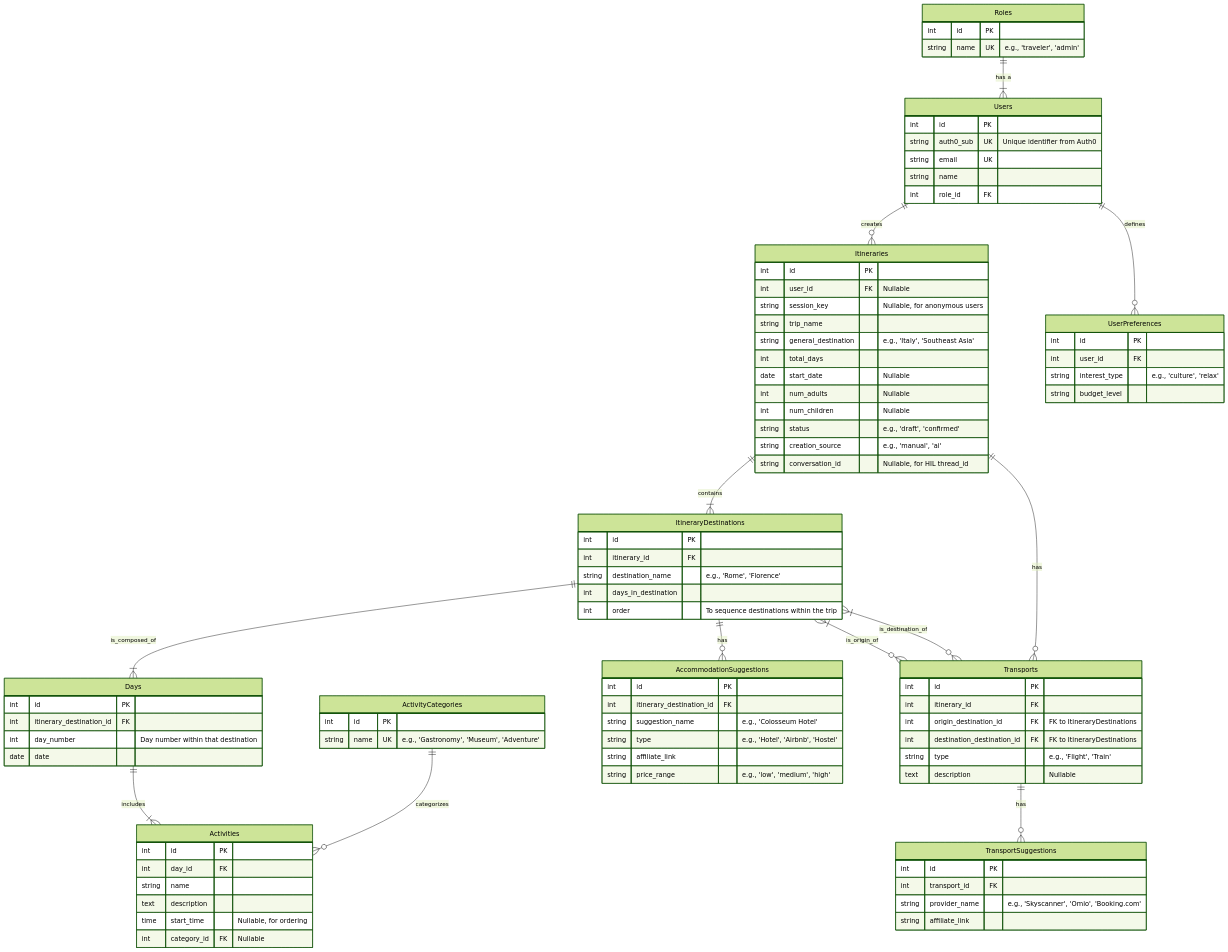
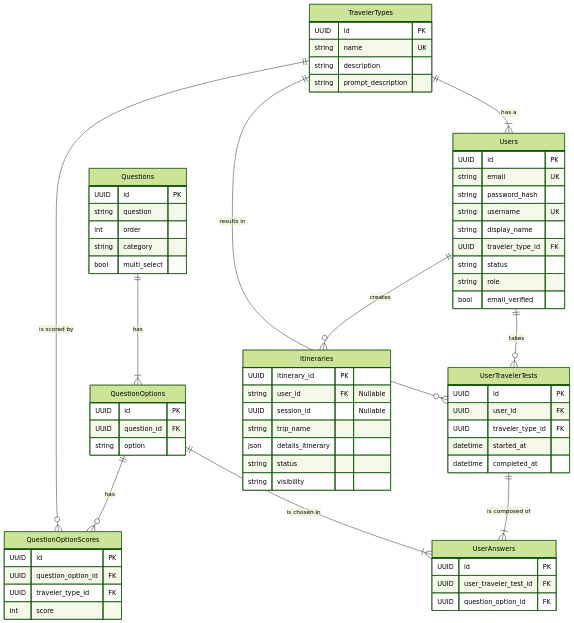
Before and after one commit to Spini03/travelkeep: the diagram in frontend/README.md, drawn with Mermaid (forest theme). The commit also changed other lines of this file, not shown here.

Commit message:
Update README with features and project vision

````diff
--- a/frontend/README.md
+++ b/frontend/README.md
@@ -107,104 +106,76 @@
 ```mermaid
 erDiagram
     Users {
-        int id PK
-        string auth0_sub UK "Unique identifier from Auth0"
+        UUID id PK
         string email UK
-        string name
-        int role_id FK
+        string password_hash
+        string username UK
+        string display_name
+        UUID traveler_type_id FK
+        string status
+        string role
+        bool email_verified
     }
 
-    Roles {
-        int id PK
-        string name UK "e.g., 'traveler', 'admin'"
+    TravelerTypes {
+        UUID id PK
+        string name UK
+        string description
+        string prompt_description
+    }
+
+    UserTravelerTests {
+        UUID id PK
+        UUID user_id FK
+        UUID traveler_type_id FK
+        datetime started_at
+        datetime completed_at
+    }
+
+    Questions {
+        UUID id PK
+        string question
+        int order
+        string category
+        bool multi_select
+    }
+
+    QuestionOptions {
+        UUID id PK
+        UUID question_id FK
+        string option
+    }
+
+    UserAnswers {
+        UUID id PK
+        UUID user_traveler_test_id FK
+        UUID question_option_id FK
+    }
+
+    QuestionOptionScores {
+        UUID id PK
+        UUID question_option_id FK
+        UUID traveler_type_id FK
+        int score
     }
 
     Itineraries {
-        int id PK
-        int user_id FK "Nullable"
-        string session_key "Nullable, for anonymous users"
+        UUID itinerary_id PK
+        string user_id FK "Nullable"
+        UUID session_id "Nullable"
         string trip_name
-        string general_destination "e.g., 'Italy', 'Southeast Asia'"
-        int total_days
-        date start_date "Nullable"
-        int num_adults "Nullable"
-        int num_children "Nullable"
-        string status "e.g., 'draft', 'confirmed'"
-        string creation_source "e.g., 'manual', 'ai'"
-        string conversation_id "Nullable, for HIL thread_id"
+        json details_itinerary
+        string status
+        string visibility
     }
 
-    ItineraryDestinations {
-        int id PK
-        int itinerary_id FK
-        string destination_name "e.g., 'Rome', 'Florence'"
-        int days_in_destination
-        int order "To sequence destinations within the trip"
-    }
-
-    Days {
-        int id PK
-        int itinerary_destination_id FK
-        int day_number "Day number within that destination"
-        date date
-    }
-
-    Activities {
-        int id PK
-        int day_id FK
-        string name
-        text description
-        time start_time "Nullable, for ordering"
-        int category_id FK "Nullable"
-    }
-
-    ActivityCategories {
-        int id PK
-        string name UK "e.g., 'Gastronomy', 'Museum', 'Adventure'"
-    }
-
-    Transports {
-        int id PK
-        int itinerary_id FK
-        int origin_destination_id FK "FK to ItineraryDestinations"
-        int destination_destination_id FK "FK to ItineraryDestinations"
-        string type "e.g., 'Flight', 'Train'"
-        text description "Nullable"
-    }
-
-    TransportSuggestions {
-        int id PK
-        int transport_id FK
-        string provider_name "e.g., 'Skyscanner', 'Omio', 'Booking.com'"
-        string affiliate_link
-    }
-
-    AccommodationSuggestions {
-        int id PK
-        int itinerary_destination_id FK
-        string suggestion_name "e.g., 'Colosseum Hotel'"
-        string type "e.g., 'Hotel', 'Airbnb', 'Hostel'"
-        string affiliate_link
-        string price_range "e.g., 'low', 'medium', 'high'"
-    }
-
-    UserPreferences {
-        int id PK
-        int user_id FK
-        string interest_type "e.g., 'culture', 'relax'"
-        string budget_level
-    }
-
+    Users ||--o{ UserTravelerTests : "takes"
     Users ||--o{ Itineraries : "creates"
-    Roles ||--|{ Users : "has a"
-    Itineraries ||--|{ ItineraryDestinations : "contains"
-    Itineraries ||--o{ Transports : "has"
-    ItineraryDestinations ||--|{ Days : "is_composed_of"
-    ItineraryDestinations ||--o{ AccommodationSuggestions : "has"
-    Transports ||--o{ TransportSuggestions : "has"
-    Days ||--|{ Activities : "includes"
-    ActivityCategories ||--o{ Activities : "categorizes"
-    Users ||--o{ UserPreferences : "defines"
-    ItineraryDestinations }|--o{ Transports : "is_origin_of"
-    ItineraryDestinations }|--o{ Transports : "is_destination_of"
+    TravelerTypes ||--|{ Users : "has a"
+    TravelerTypes ||--o{ UserTravelerTests : "results in"
+    UserTravelerTests ||--|{ UserAnswers : "is composed of"
+    Questions ||--|{ QuestionOptions : "has"
+    QuestionOptions ||--|{ UserAnswers : "is chosen in"
+    QuestionOptions ||--o{ QuestionOptionScores : "has"
+    TravelerTypes ||--o{ QuestionOptionScores : "is scored by"
 ```
````
